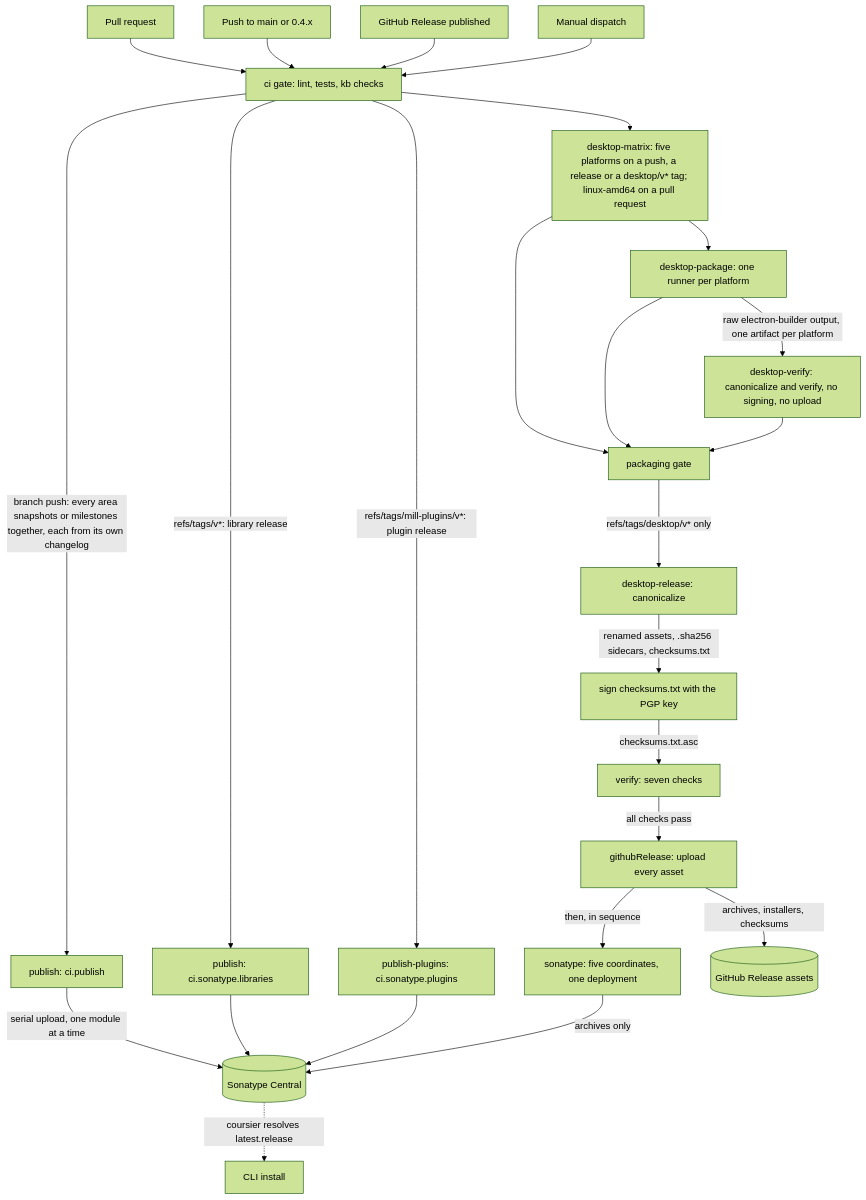
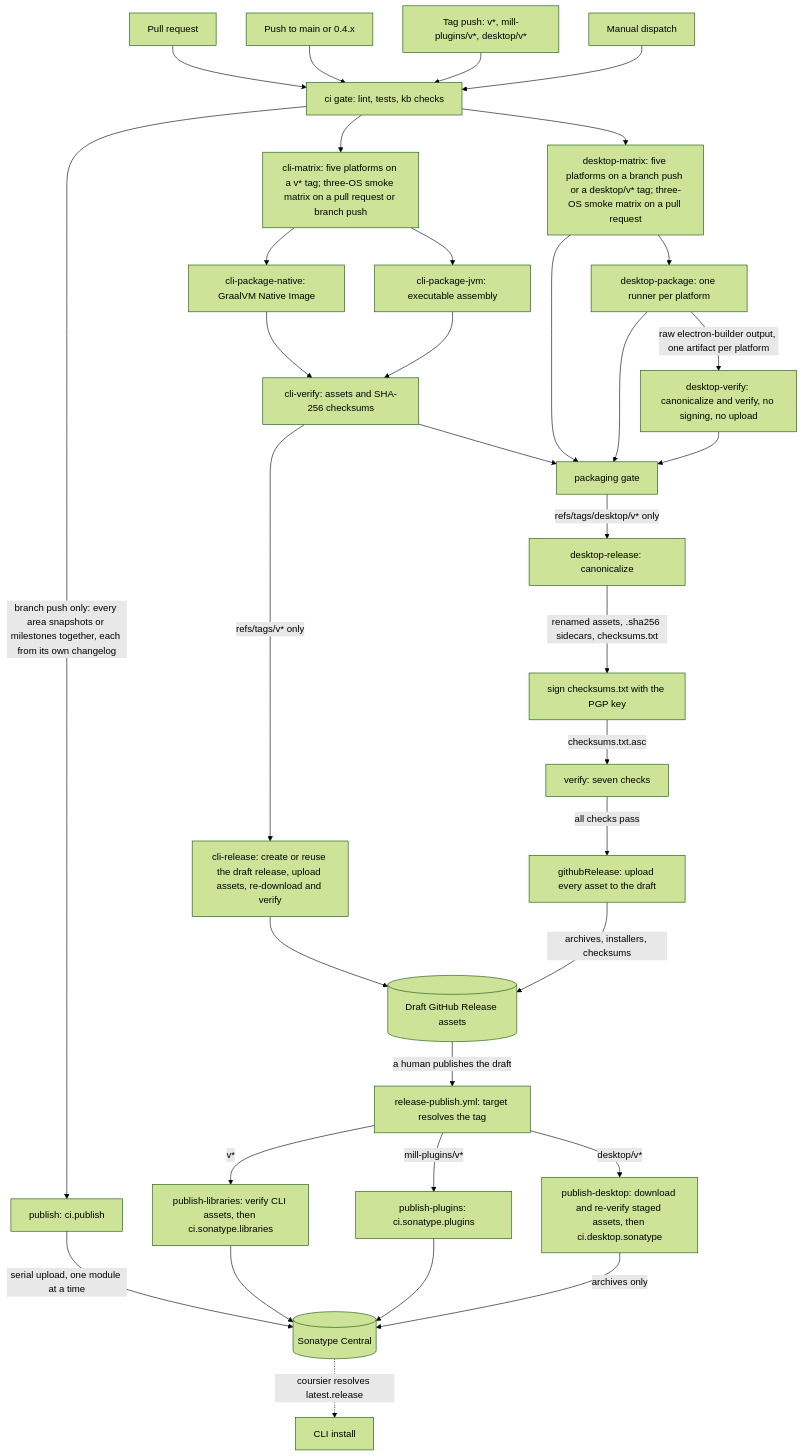
The diagram in kb/bundles/morphir/morphir-scala/packaging-and-release.md (finos/morphir-scala), drawn with Mermaid (forest theme) before and after one commit. The commit also changed other lines of this file and 17 other files, not shown here.

First line of the commit message:
feat: publish CLI release packages via a two-phase tag-push release flow (#1038)

````diff
--- a/kb/bundles/morphir/morphir-scala/packaging-and-release.md
+++ b/kb/bundles/morphir/morphir-scala/packaging-and-release.md
@@ -33,31 +36,42 @@
 ```mermaid
 flowchart TD
     PR[Pull request] --> Gate[ci gate: lint, tests, kb checks]
     Push[Push to main or 0.4.x] --> Gate
-    Rel[GitHub Release published] --> Gate
+    TagPush[Tag push: v*, mill-plugins/v*, desktop/v*] --> Gate
     Dispatch[Manual dispatch] --> Gate
 
-    Gate -->|branch push: every area snapshots or milestones together, each from its own changelog| PublishAll[publish: ci.publish]
-    Gate -->|refs/tags/v*: library release| PublishLib[publish: ci.sonatype.libraries]
-    Gate -->|refs/tags/mill-plugins/v*: plugin release| PublishPlugins[publish-plugins: ci.sonatype.plugins]
+    Gate -->|branch push only: every area snapshots or milestones together, each from its own changelog| PublishAll[publish: ci.publish]
     PublishAll -->|serial upload, one module at a time| Sonatype[(Sonatype Central)]
-    PublishLib --> Sonatype
-    PublishPlugins --> Sonatype
 
-    Gate --> Matrix[desktop-matrix: five platforms on a push, a release or a desktop/v* tag; linux-amd64 on a pull request]
+    Gate --> CliMatrix[cli-matrix: five platforms on a v* tag; three-OS smoke matrix on a pull request or branch push]
+    CliMatrix --> CliNative[cli-package-native: GraalVM Native Image]
+    CliMatrix --> CliJvm[cli-package-jvm: executable assembly]
+    CliNative --> CliVerify[cli-verify: assets and SHA-256 checksums]
+    CliJvm --> CliVerify
+    CliVerify --> Packaging
+    CliVerify -->|refs/tags/v* only| CliRelease[cli-release: create or reuse the draft release, upload assets, re-download and verify]
+    CliRelease --> GhAssets
+
+    Gate --> Matrix[desktop-matrix: five platforms on a branch push or a desktop/v* tag; three-OS smoke matrix on a pull request]
     Matrix --> Package[desktop-package: one runner per platform]
     Package -->|raw electron-builder output, one artifact per platform| CiVerify[desktop-verify: canonicalize and verify, no signing, no upload]
     Matrix --> Packaging[packaging gate]
     Package --> Packaging
     CiVerify --> Packaging
 
     Packaging -->|refs/tags/desktop/v* only| Canon[desktop-release: canonicalize]
     Canon -->|renamed assets, .sha256 sidecars, checksums.txt| Sign[sign checksums.txt with the PGP key]
     Sign -->|checksums.txt.asc| Verify[verify: seven checks]
-    Verify -->|all checks pass| GhRelease[githubRelease: upload every asset]
-    GhRelease -->|then, in sequence| DesktopSonatype[sonatype: five coordinates, one deployment]
-    GhRelease -->|archives, installers, checksums| GhAssets[(GitHub Release assets)]
-    DesktopSonatype -->|archives only| Sonatype
+    Verify -->|all checks pass| GhRelease[githubRelease: upload every asset to the draft]
+    GhRelease -->|archives, installers, checksums| GhAssets[(Draft GitHub Release assets)]
+
+    GhAssets -->|a human publishes the draft| RelPub[release-publish.yml: target resolves the tag]
+    RelPub -->|v*| PromoteLib[publish-libraries: verify CLI assets, then ci.sonatype.libraries]
+    RelPub -->|mill-plugins/v*| PromotePlugins[publish-plugins: ci.sonatype.plugins]
+    RelPub -->|desktop/v*| PromoteDesktop[publish-desktop: download and re-verify staged assets, then ci.desktop.sonatype]
+    PromoteLib --> Sonatype
+    PromotePlugins --> Sonatype
+    PromoteDesktop -->|archives only| Sonatype
 
     Sonatype -.->|coursier resolves latest.release| Cli[CLI install]
 ```
````
